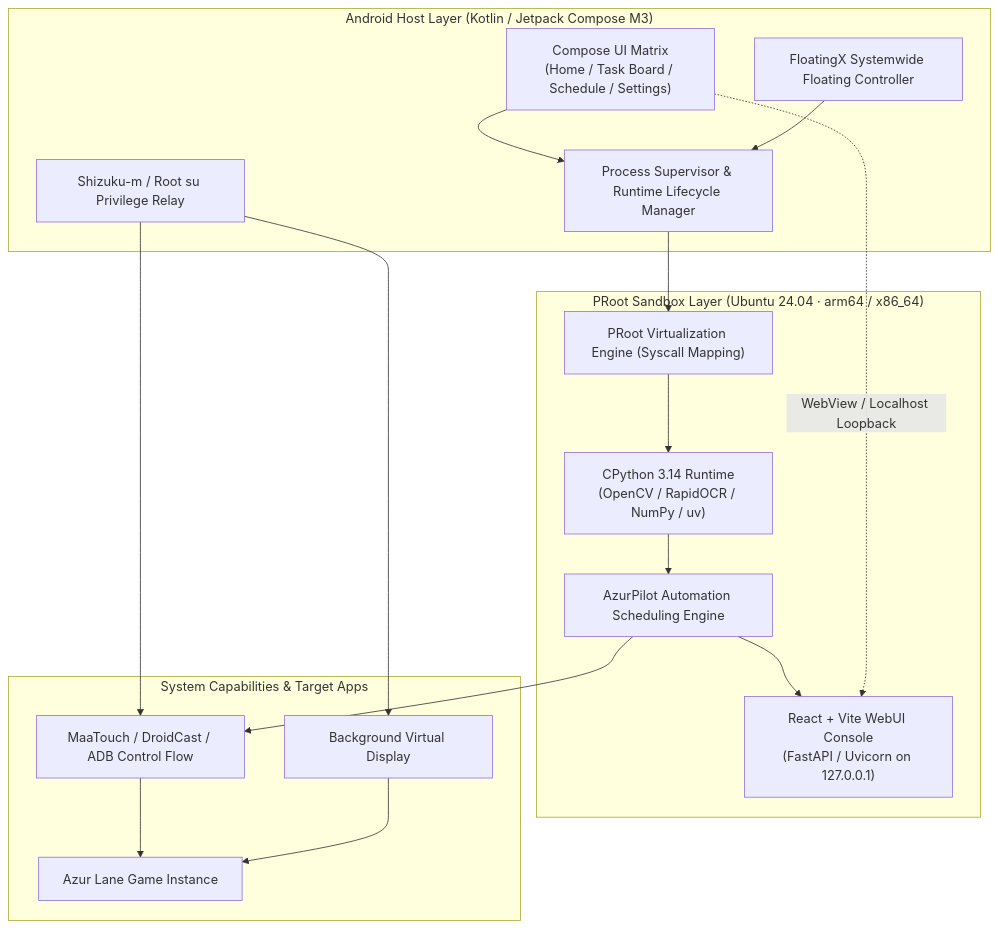
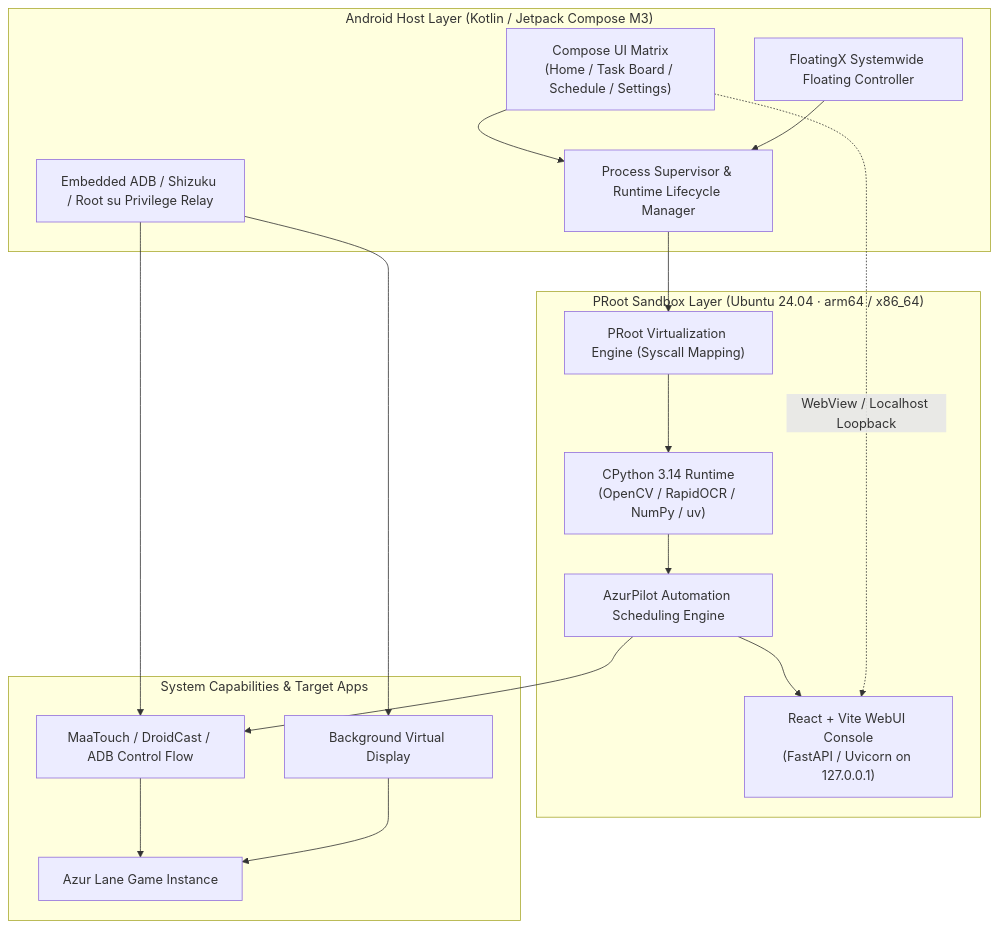
Before and after one commit to 58383050/AzurPilot-for-Android: the diagram in README_en.md, drawn with Mermaid. The commit also changed other lines of this file and 45 other files, not shown here.

````diff
--- a/README_en.md
+++ b/README_en.md
@@ -306,35 +306,35 @@
 ```mermaid
 graph TD
     subgraph AndroidHost ["Android Host Layer (Kotlin / Jetpack Compose M3)"]
         UI["Compose UI Matrix\n(Home / Task Board / Schedule / Settings)"]
         Overlay["FloatingX Systemwide Floating Controller"]
         Lifecycle["Process Supervisor & Runtime Lifecycle Manager"]
-        Bridge["Shizuku-m / Root su Privilege Relay"]
+        Bridge["Embedded ADB / Shizuku / Root su Privilege Relay"]
     end
 
     subgraph Container ["PRoot Sandbox Layer (Ubuntu 24.04 · arm64 / x86_64)"]
         PROOT["PRoot Virtualization Engine (Syscall Mapping)"]
         ENV["CPython 3.14 Runtime\n(OpenCV / RapidOCR / NumPy / uv)"]
         CORE["AzurPilot Automation Scheduling Engine"]
         WEB["React + Vite WebUI Console\n(FastAPI / Uvicorn on 127.0.0.1)"]
     end
 
     subgraph DeviceTarget ["System Capabilities & Target Apps"]
         VDisplay["Background Virtual Display"]
         InputService["MaaTouch / DroidCast / ADB Control Flow"]
         GameApp["Azur Lane Game Instance"]
     end
 
     UI --> Lifecycle
     Overlay --> Lifecycle
     Lifecycle --> PROOT
     PROOT --> ENV
     ENV --> CORE
     CORE --> WEB
     UI -. "WebView / Localhost Loopback" .-> WEB
     Bridge --> InputService
     Bridge --> VDisplay
     InputService --> GameApp
     VDisplay --> GameApp
     CORE --> InputService
 ```
````
